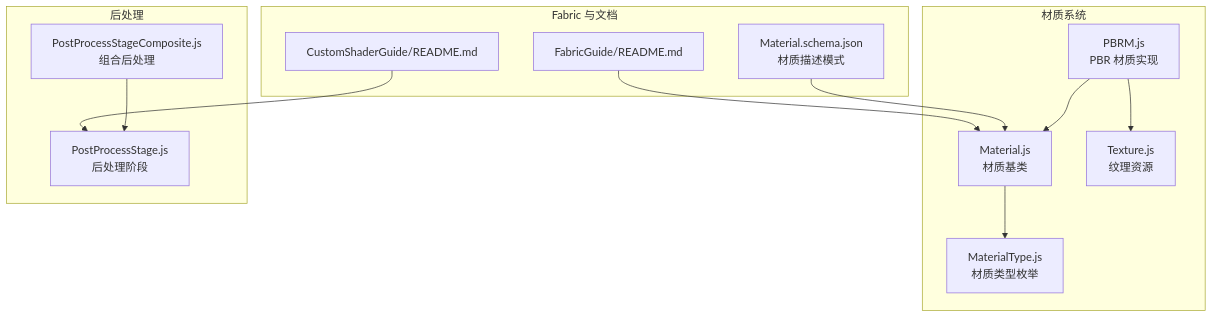
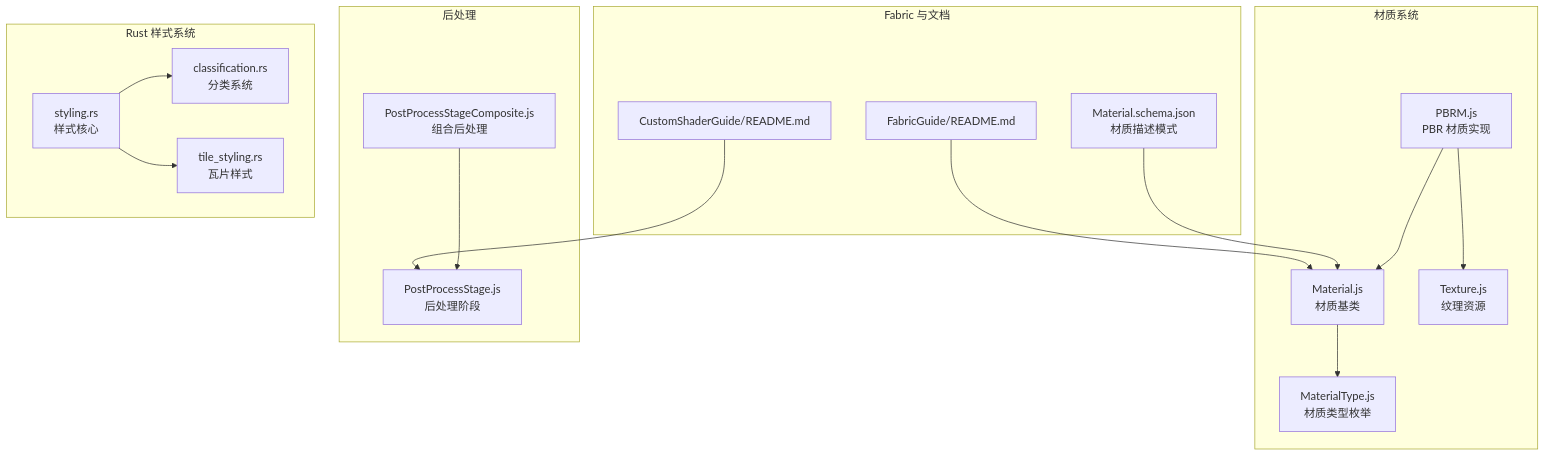
Before and after one commit to rzhangjing/cesium: the first of 6 diagrams in .qoder/repowiki/zh/content/实体和几何体/材质系统/材质系统.md, drawn with Mermaid. The commit also changed other lines of this file and 74 other files, not shown here.

````diff
--- a/.qoder/repowiki/zh/content/实体和几何体/材质系统/材质系统.md
+++ b/.qoder/repowiki/zh/content/实体和几何体/材质系统/材质系统.md
@@ -47,25 +60,32 @@
 ```mermaid
 graph TB
 subgraph "材质系统"
 M["Material.js<br/>材质基类"]
 MT["MaterialType.js<br/>材质类型枚举"]
 PBR["PBRM.js<br/>PBR 材质实现"]
 T["Texture.js<br/>纹理资源"]
 end
 subgraph "后处理"
 PP["PostProcessStage.js<br/>后处理阶段"]
 PPC["PostProcessStageComposite.js<br/>组合后处理"]
 end
 subgraph "Fabric 与文档"
 FSchema["Material.schema.json<br/>材质描述模式"]
 FG["FabricGuide/README.md"]
 CSG["CustomShaderGuide/README.md"]
 end
+subgraph "Rust 样式系统"
+STY["styling.rs<br/>样式核心"]
+CLS["classification.rs<br/>分类系统"]
+TILE["tile_styling.rs<br/>瓦片样式"]
+end
 M --> MT
 PBR --> M
 PBR --> T
 PPC --> PP
 FSchema --> M
 FG --> M
 CSG --> PP
+STY --> CLS
+STY --> TILE
 ```
````
